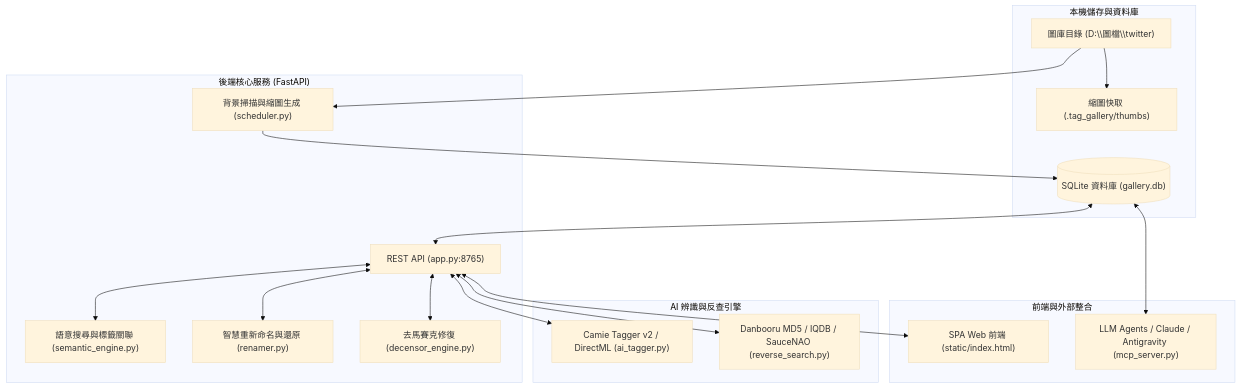
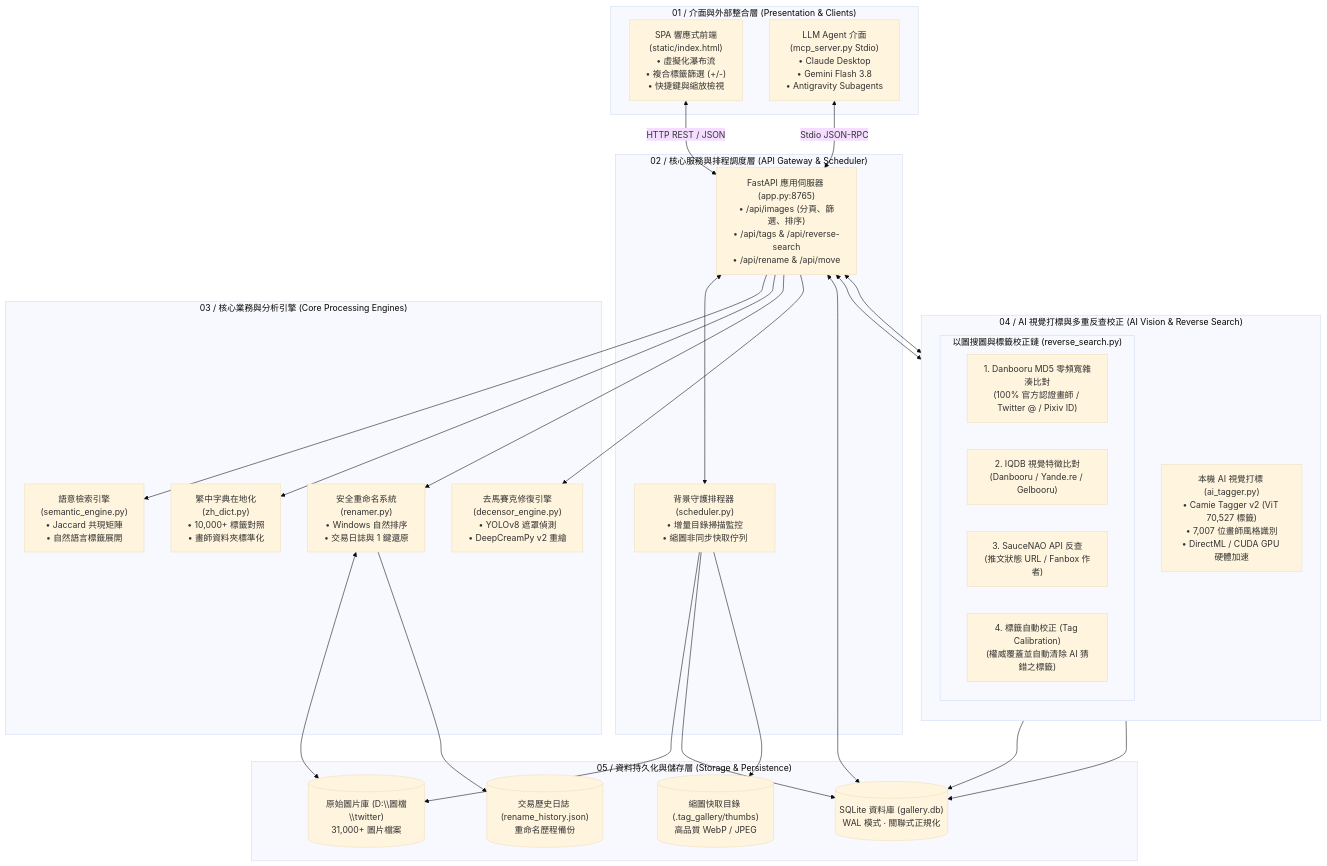
Before and after one commit to tsukiamaoto/twitter-tag-gallery: the first of 2 diagrams in README.md, drawn with Mermaid (base theme). The commit also changed other lines of this file and 1 other file, not shown here.

Commit message:
docs: add SVG system architecture diagram and detailed workflow flowcharts

````diff
--- a/README.md
+++ b/README.md
@@ -75,37 +81,67 @@
 ```mermaid
 flowchart TD
-    subgraph Storage ["本機儲存與資料庫"]
-        Files["圖庫目錄 (D:\\圖檔\\twitter)"]
-        Thumbs["縮圖快取 (.tag_gallery/thumbs)"]
-        DB[("SQLite 資料庫 (gallery.db)")]
+    %% Clients Layer
+    subgraph Layer1 ["01 / 介面與外部整合層 (Presentation & Clients)"]
+        WebUI["SPA 響應式前端<br/>(static/index.html)<br/>• 虛擬化瀑布流<br/>• 複合標籤篩選 (+/-)<br/>• 快捷鍵與縮放檢視"]
+        MCPClient["LLM Agent 介面<br/>(mcp_server.py Stdio)<br/>• Claude Desktop<br/>• Gemini Flash 3.8<br/>• Antigravity Subagents"]
     end
 
-    subgraph Core ["後端核心服務 (FastAPI)"]
-        API["REST API (app.py:8765)"]
-        Scanner["背景掃描與縮圖生成 (scheduler.py)"]
-        Semantic["語意搜尋與標籤關聯 (semantic_engine.py)"]
-        Renamer["智慧重新命名與還原 (renamer.py)"]
-        Decensor["去馬賽克修復 (decensor_engine.py)"]
+    %% Gateway & Core Layer
+    subgraph Layer2 ["02 / 核心服務與排程調度層 (API Gateway & Scheduler)"]
+        FastAPI["FastAPI 應用伺服器 (app.py:8765)<br/>• /api/images (分頁、篩選、排序)<br/>• /api/tags & /api/reverse-search<br/>• /api/rename & /api/move"]
+        Scheduler["背景守護排程器 (scheduler.py)<br/>• 增量目錄掃描監控<br/>• 縮圖非同步快取佇列"]
     end
 
-    subgraph AI_Engines ["AI 辨識與反查引擎"]
-        AITagger["Camie Tagger v2 / DirectML (ai_tagger.py)"]
-        ReverseSearch["Danbooru MD5 / IQDB / SauceNAO (reverse_search.py)"]
+    %% Processing Layer
+    subgraph Layer3 ["03 / 核心業務與分析引擎 (Core Processing Engines)"]
+        SemanticEng["語意檢索引擎<br/>(semantic_engine.py)<br/>• Jaccard 共現矩陣<br/>• 自然語言標籤展開"]
+        ZhDict["繁中字典在地化<br/>(zh_dict.py)<br/>• 10,000+ 標籤對照<br/>• 畫師資料夾標準化"]
+        Renamer["安全重命名系統<br/>(renamer.py)<br/>• Windows 自然排序<br/>• 交易日誌與 1 鍵還原"]
+        Decensor["去馬賽克修復引擎<br/>(decensor_engine.py)<br/>• YOLOv8 遮罩偵測<br/>• DeepCreamPy v2 重繪"]
     end
 
-    subgraph Clients ["前端與外部整合"]
-        WebUI["SPA Web 前端 (static/index.html)"]
-        MCPAgent["LLM Agents / Claude / Antigravity (mcp_server.py)"]
+    %% AI & Reverse Search Layer
+    subgraph Layer4 ["04 / AI 視覺打標與多重反查校正 (AI Vision & Reverse Search)"]
+        direction TB
+        AIEngine["本機 AI 視覺打標 (ai_tagger.py)<br/>• Camie Tagger v2 (ViT 70,527 標籤)<br/>• 7,007 位畫師風格識別<br/>• DirectML / CUDA GPU 硬體加速"]
+        
+        subgraph RevSearchChain ["以圖搜圖與標籤校正鏈 (reverse_search.py)"]
+            MD5Lookup["1. Danbooru MD5 零頻寬雜湊比對<br/>(100% 官方認證畫師 / Twitter @ / Pixiv ID)"]
+            IQDBLookup["2. IQDB 視覺特徵比對<br/>(Danbooru / Yande.re / Gelbooru)"]
+            SauceLookup["3. SauceNAO API 反查<br/>(推文狀態 URL / Fanbox 作者)"]
+            Calibrate["4. 標籤自動校正 (Tag Calibration)<br/>(權威覆蓋並自動清除 AI 猜錯之標籤)"]
+        end
     end
 
-    Files --> Scanner --> DB
-    Files --> Thumbs
-    DB <--> API
-    API <--> WebUI
-    API <--> AITagger
-    API <--> ReverseSearch
-    API <--> Renamer
-    API <--> Decensor
-    API <--> Semantic
-    DB <--> MCPAgent
+    %% Storage Layer
+    subgraph Layer5 ["05 / 資料持久化與儲存層 (Storage & Persistence)"]
+        LocalFiles[("原始圖片庫 (D:\\圖檔\\twitter)<br/>31,000+ 圖片檔案")]
+        DB[("SQLite 資料庫 (gallery.db)<br/>WAL 模式 · 關聯式正規化")]
+        ThumbDir[("縮圖快取目錄 (.tag_gallery/thumbs)<br/>高品質 WebP / JPEG")]
+        HistLog[("交易歷史日誌 (rename_history.json)<br/>重命名歷程備份")]
+    end
+
+    %% Inter-layer connections
+    WebUI <-->|HTTP REST / JSON| FastAPI
+    MCPClient <-->|Stdio JSON-RPC| FastAPI
+    
+    FastAPI <--> Scheduler
+    FastAPI --> SemanticEng
+    FastAPI --> ZhDict
+    FastAPI --> Renamer
+    FastAPI --> Decensor
+    
+    FastAPI <--> AIEngine
+    FastAPI <--> RevSearchChain
+    
+    Scheduler --> LocalFiles
+    Scheduler --> DB
+    Scheduler --> ThumbDir
+    
+    Renamer <--> LocalFiles
+    Renamer --> HistLog
+    
+    AIEngine --> DB
+    RevSearchChain --> DB
+    FastAPI <--> DB
 ```
````
